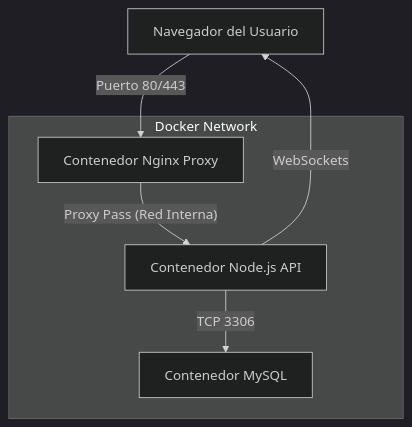
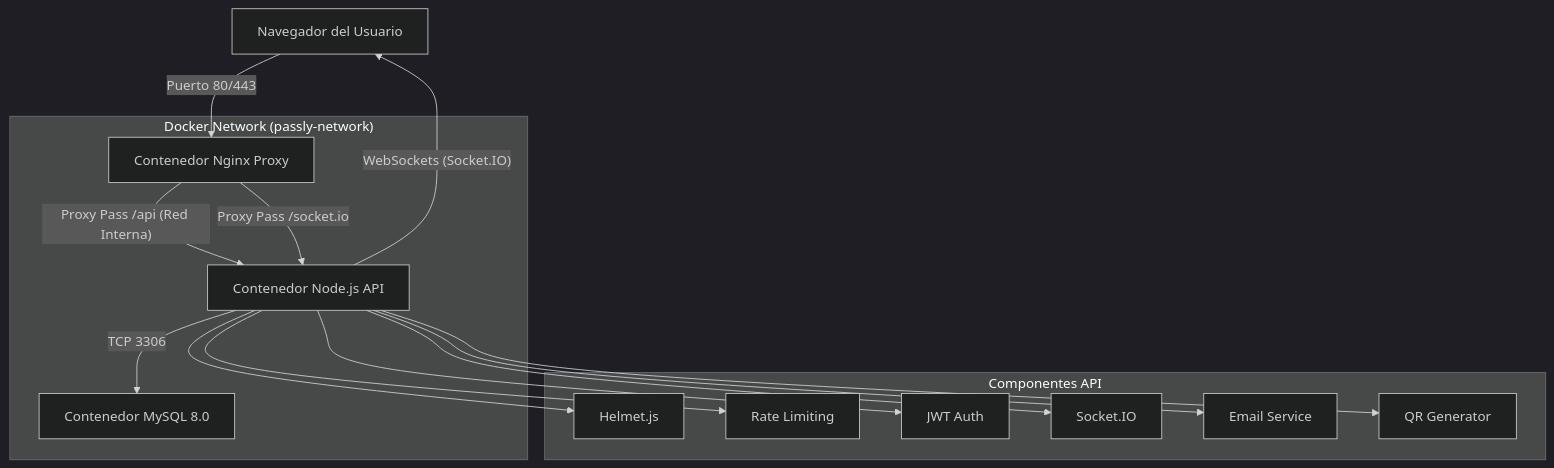
Before and after one commit to islanys31/Passly: the third of 5 diagrams in docs/02_DIAGRAMAS_SISTEMA.md, drawn with Mermaid (dark theme). The commit also changed other lines of this file and 13 other files, not shown here.

````diff
--- a/docs/02_DIAGRAMAS_SISTEMA.md
+++ b/docs/02_DIAGRAMAS_SISTEMA.md
@@ -72,12 +124,21 @@
 ```mermaid
 graph TD
     Client[Navegador del Usuario] -- "Puerto 80/443" --> Nginx[Contenedor Nginx Proxy]
-    Nginx -- "Proxy Pass (Red Interna)" --> API[Contenedor Node.js API]
-    API -- "TCP 3306" --> DB[Contenedor MySQL]
-    API -- "WebSockets" --> Client
-    subgraph "Docker Network"
+    Nginx -- "Proxy Pass /api (Red Interna)" --> API[Contenedor Node.js API]
+    Nginx -- "Proxy Pass /socket.io" --> API
+    API -- "TCP 3306" --> DB[Contenedor MySQL 8.0]
+    API -- "WebSockets (Socket.IO)" --> Client
+    subgraph "Docker Network (passly-network)"
         Nginx
         API
         DB
     end
+    subgraph "Componentes API"
+        API --> Helmet[Helmet.js]
+        API --> RateLimit[Rate Limiting]
+        API --> JWT[JWT Auth]
+        API --> SocketIO[Socket.IO]
+        API --> Nodemailer[Email Service]
+        API --> QRCode[QR Generator]
+    end
 ```
````
